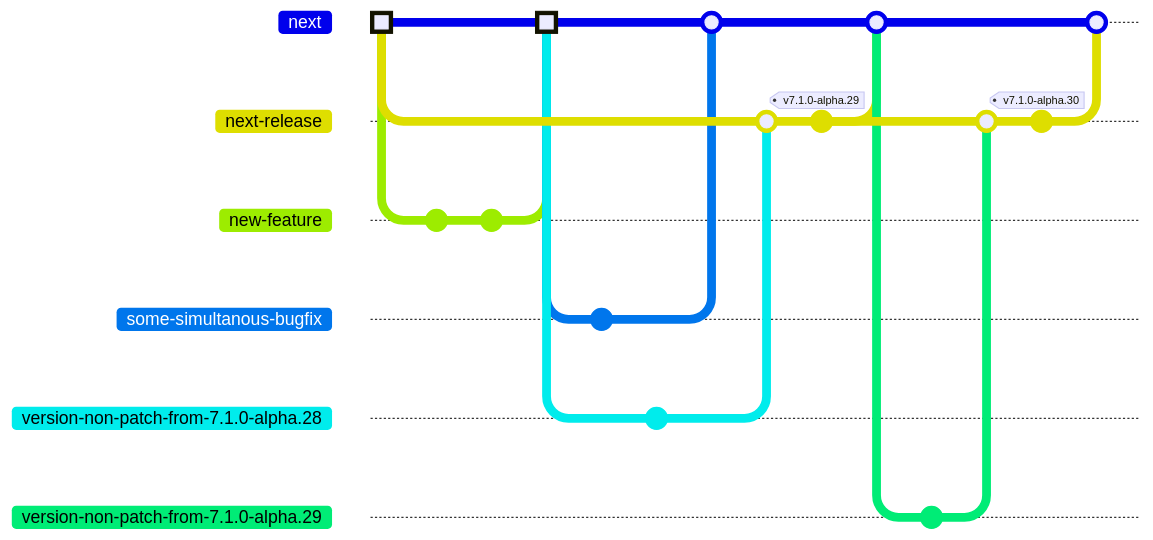
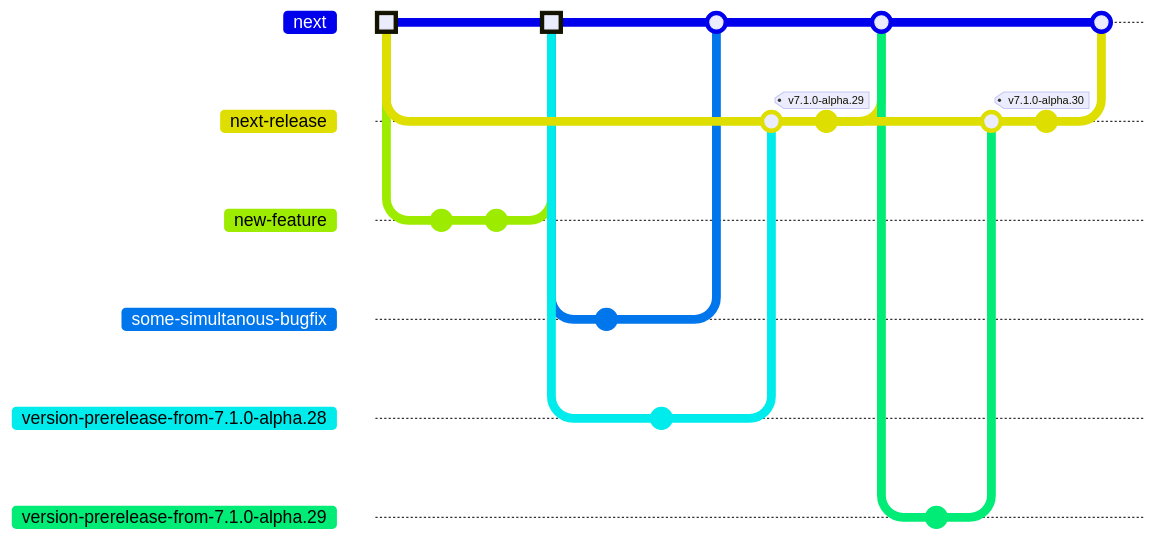
The fifth of 5 diagrams in CONTRIBUTING/RELEASING.md (W427697/Discord-), drawn with Mermaid before and after one commit. The commit also changed other lines of this file and 26 other files, not shown here. Commit ids are hidden.

First line of the commit message:
Revert "Merge branch 'next' into scrollara-with-radix"

````diff
--- a/CONTRIBUTING/RELEASING.md
+++ b/CONTRIBUTING/RELEASING.md
@@ -574,30 +572,30 @@
 ```mermaid
 %%{init: { 'gitGraph': { 'mainBranchName': 'next' } } }%%
 gitGraph
     commit type: HIGHLIGHT
     branch next-release
     branch new-feature
     commit
     commit
     checkout next
     merge new-feature type: HIGHLIGHT
     branch some-simultanous-bugfix
     commit
     checkout next
-    branch version-non-patch-from-7.1.0-alpha.28
+    branch version-prerelease-from-7.1.0-alpha.28
     commit id: "write changelog"
     checkout next
     merge some-simultanous-bugfix id: "whoops!"
     checkout next-release
-    merge version-non-patch-from-7.1.0-alpha.28
+    merge version-prerelease-from-7.1.0-alpha.28
     commit id: "bump versions" tag: "v7.1.0-alpha.29"
     checkout next
     merge next-release
-    branch version-non-patch-from-7.1.0-alpha.29
+    branch version-prerelease-from-7.1.0-alpha.29
     commit id: "write changelog again"
     checkout next-release
-    merge version-non-patch-from-7.1.0-alpha.29
+    merge version-prerelease-from-7.1.0-alpha.29
     commit id: "bump versions again" tag: "v7.1.0-alpha.30"
     checkout next
     merge next-release
 ```
````
